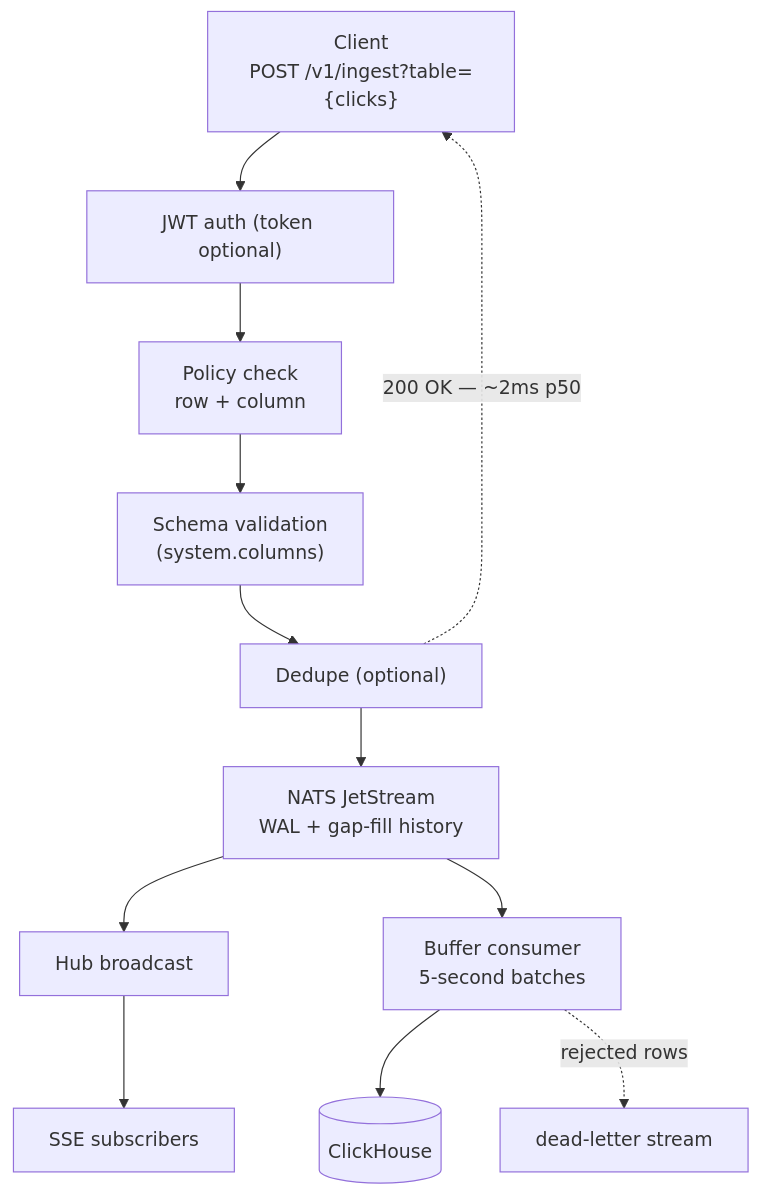
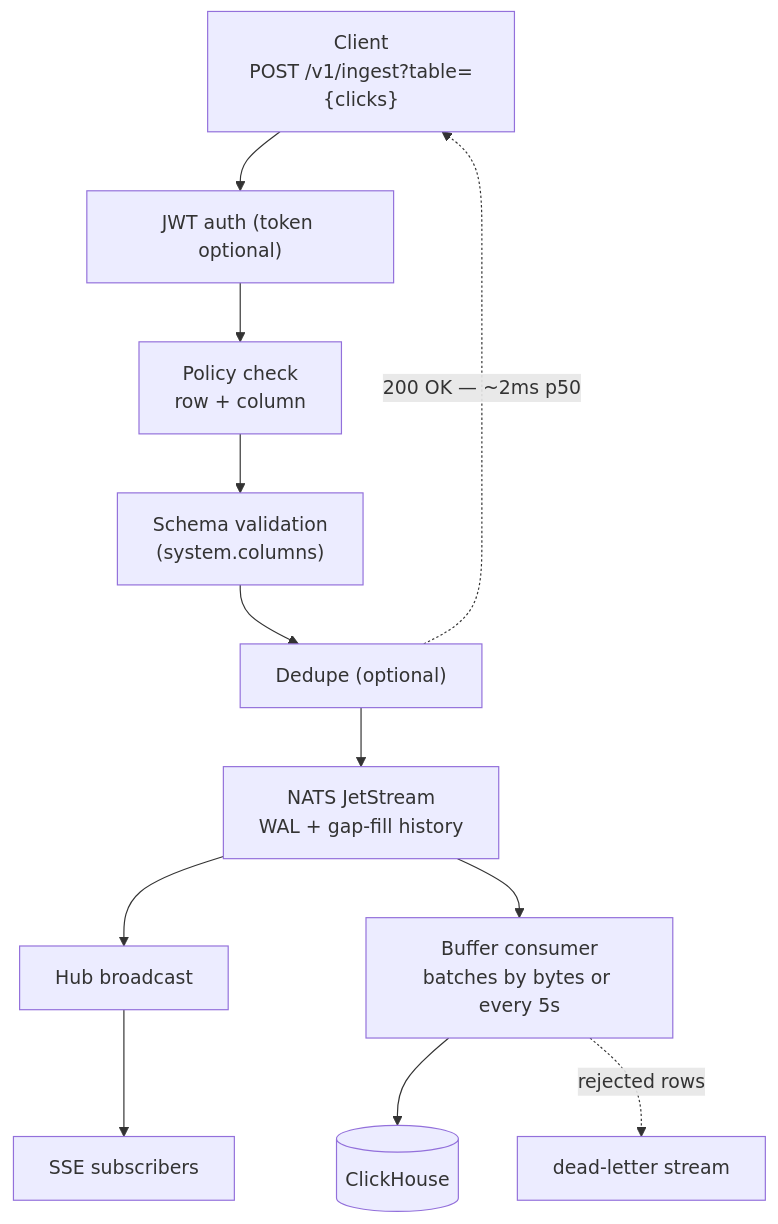
Before and after one commit to Wave-RF/WaveHouse: the sixth of 7 diagrams in docs/src/content/docs/why-wavehouse.md, drawn with Mermaid. The commit also changed other lines of this file and 70 other files, not shown here.

````diff
--- a/docs/src/content/docs/why-wavehouse.md
+++ b/docs/src/content/docs/why-wavehouse.md
@@ -209,17 +209,17 @@
 ```mermaid
 flowchart TB
     C["Client<br/>POST /v1/ingest?table={clicks}"]:::client
     C --> AUTH["JWT auth (token optional)"]:::wh
     AUTH --> POL["Policy check<br/>row + column"]:::wh
     POL --> VAL["Schema validation<br/>(system.columns)"]:::wh
     VAL --> DD["Dedupe (optional)"]:::wh
     DD --> NATS["NATS JetStream<br/>WAL + gap-fill history"]:::store
     DD -. "200 OK — ~2ms p50" .-> C
 
     NATS --> HUB["Hub broadcast"]:::wh
     HUB --> RT["SSE subscribers"]:::client
 
-    NATS --> BC["Buffer consumer<br/>5-second batches"]:::wh
+    NATS --> BC["Buffer consumer<br/>batches by bytes or every 5s"]:::wh
     BC --> CH[("ClickHouse")]:::store
     BC -. "rejected rows" .-> DLQ["dead-letter stream"]:::fail
 ```
````
